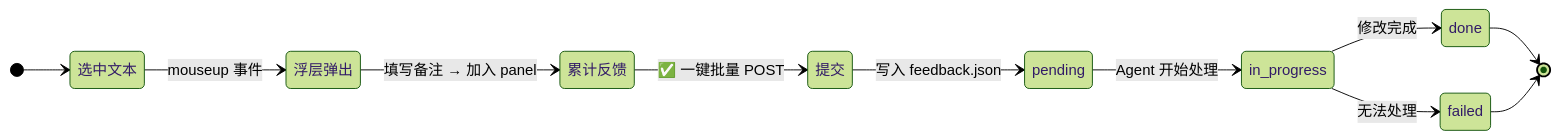
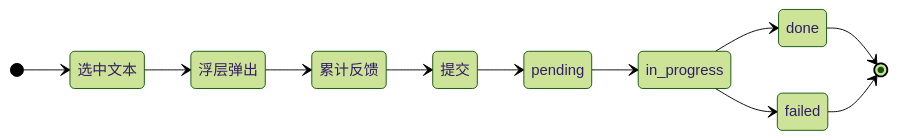
One commit to updatedb/clawmate changed the second of 3 diagrams in README.md. Above: the diagram before and after it, drawn with Mermaid (forest theme). The commit also changed other lines of this file and 5 other files, not shown here.

First line of the commit message:
docs: 全面重写 README（截图/功能/部署/配置）+ 更新 skill

````diff
--- a/README.md
+++ b/README.md
@@ -83,14 +63,14 @@
 ```mermaid
 stateDiagram
     direction LR
     [*] --> 选中文本
-    选中文本 --> 浮层弹出: mouseup 事件
-    浮层弹出 --> 累计反馈: 填写备注 → 加入 panel
-    累计反馈 --> 提交: ✅ 一键批量 POST
-    提交 --> pending: 写入 feedback.json
-    pending --> in_progress: Agent 开始处理
-    in_progress --> done: 修改完成
-    in_progress --> failed: 无法处理
+    选中文本 --> 浮层弹出
+    浮层弹出 --> 累计反馈
+    累计反馈 --> 提交
+    提交 --> pending
+    pending --> in_progress
+    in_progress --> done
+    in_progress --> failed
     done --> [*]
     failed --> [*]
 ```
````
